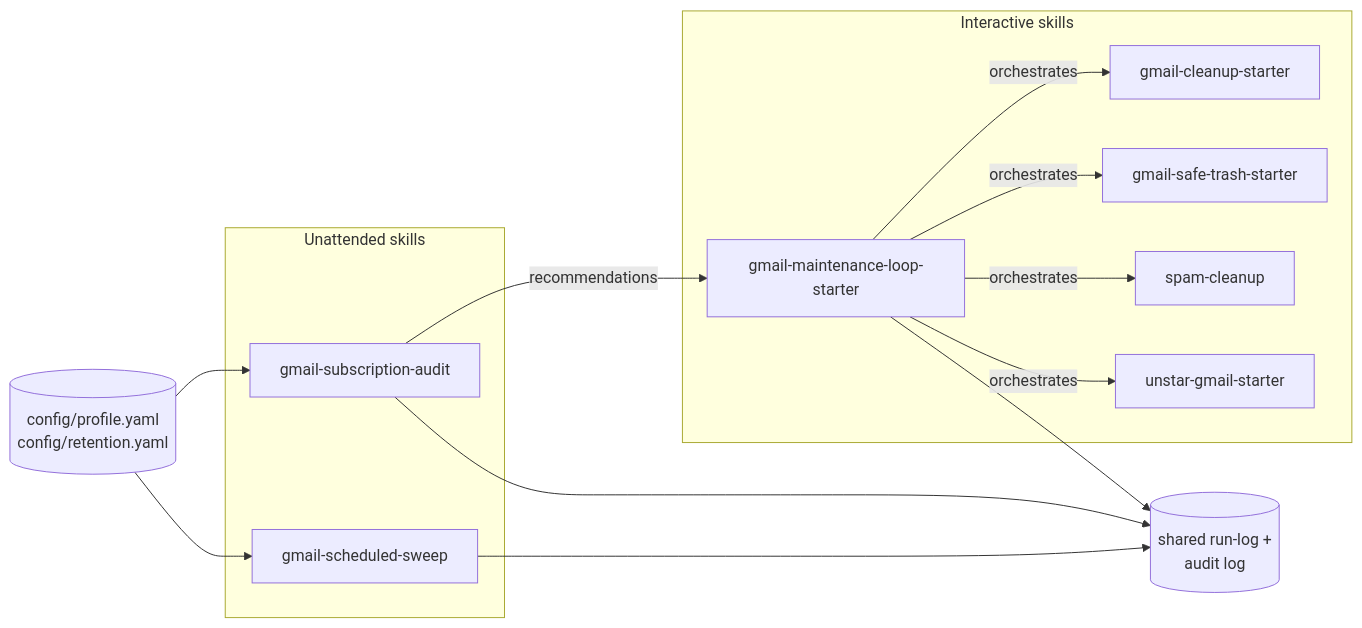
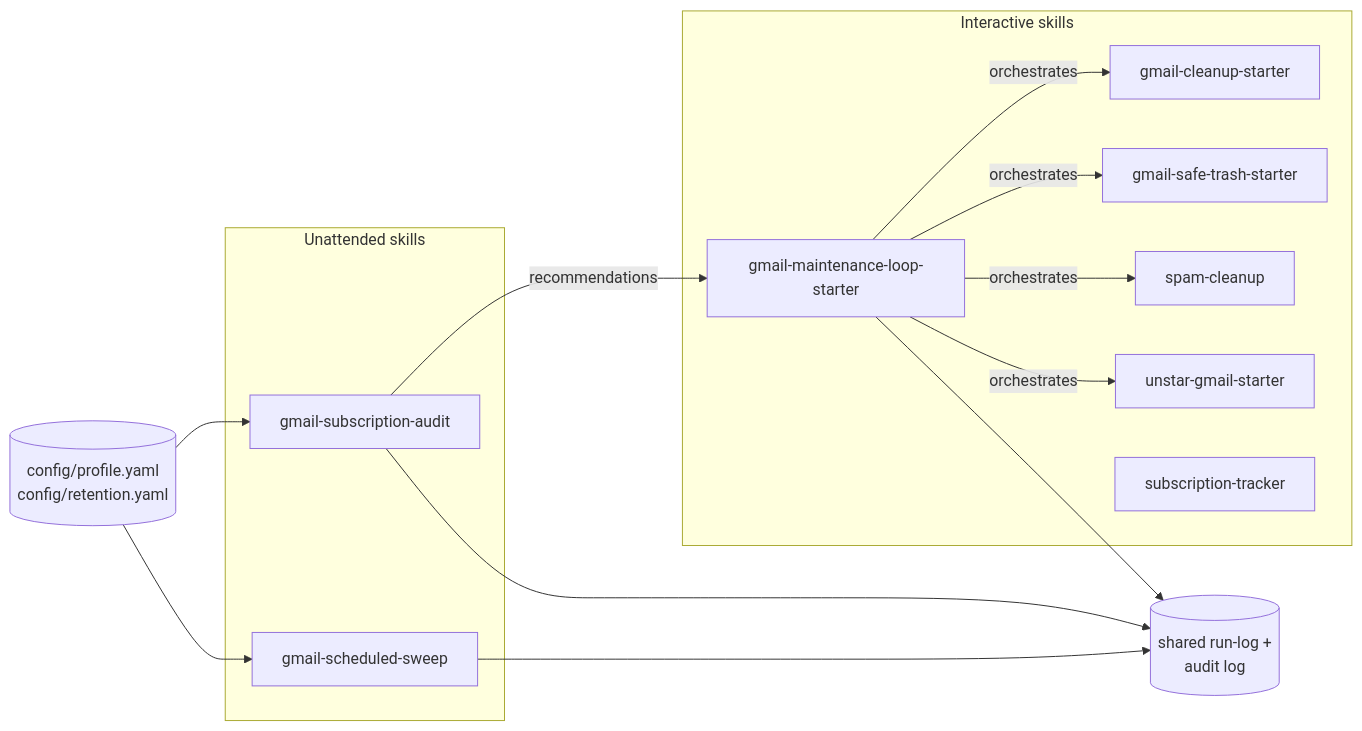
Before and after one commit to TaylorONeal/clean-gmail: the first of 3 diagrams in README.md, drawn with Mermaid. The commit also changed other lines of this file and 4 other files, not shown here.

First line of the commit message:
Add subscription-tracker skill and document it

````diff
--- a/README.md
+++ b/README.md
@@ -26,18 +29,19 @@
 ```mermaid
 flowchart LR
     subgraph Interactive["Interactive skills"]
         A[gmail-cleanup-starter]
         B[gmail-safe-trash-starter]
         C[spam-cleanup]
         D[unstar-gmail-starter]
+        S[subscription-tracker]
         E[gmail-maintenance-loop-starter]
     end
     subgraph Unattended["Unattended skills"]
         F[gmail-scheduled-sweep]
         G[gmail-subscription-audit]
     end
     P[("config/profile.yaml<br/>config/retention.yaml")] --> F & G
     E -->|orchestrates| A & B & C & D
     G -->|recommendations| E
     F & G & E --> L[("shared run-log +<br/>audit log")]
 ```
````
